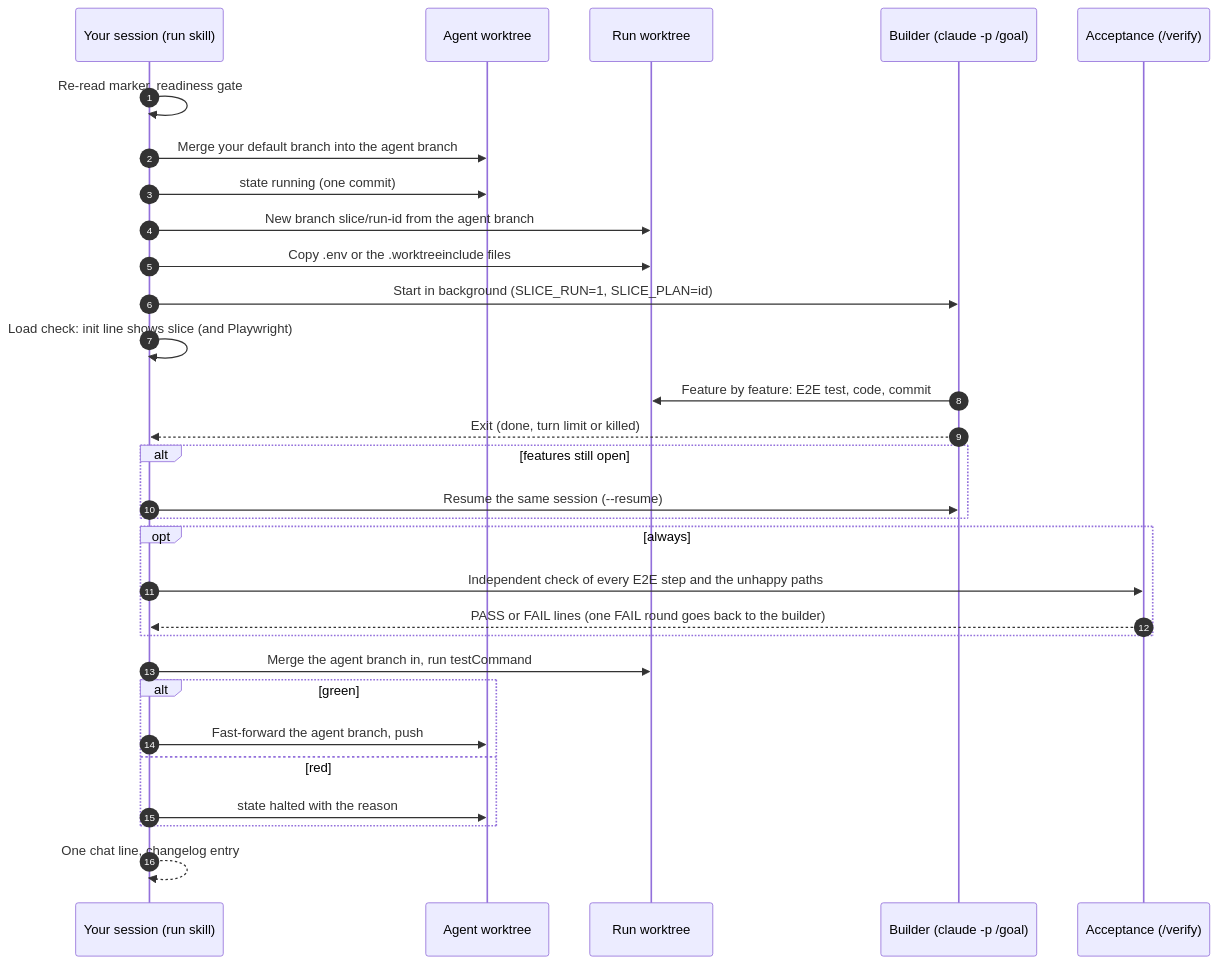
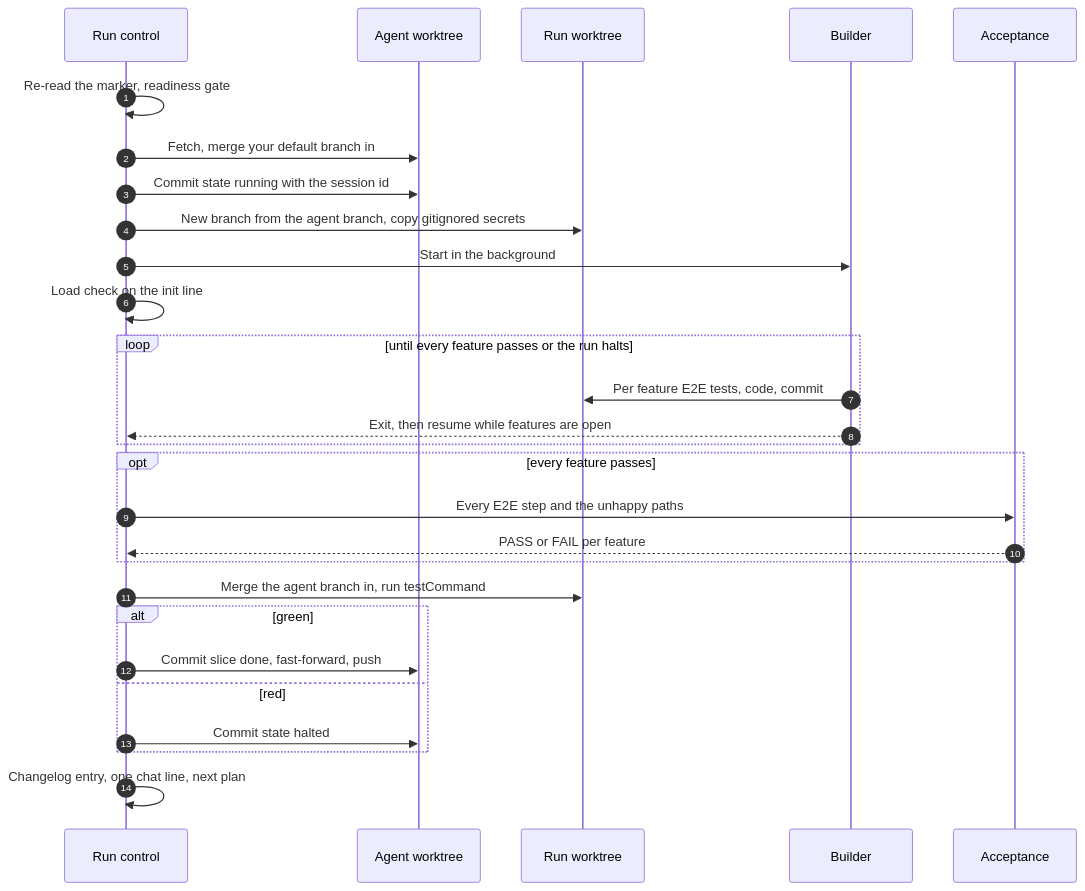
Before and after one commit to ahlerjam/cflow: the fifth of 7 diagrams in plugins/slice/README.md, drawn with Mermaid. The commit also changed other lines of this file and 3 other files, not shown here.

````diff
--- a/plugins/slice/README.md
+++ b/plugins/slice/README.md
@@ -171,32 +198,30 @@
 ```mermaid
 sequenceDiagram
     autonumber
-    participant S as Your session (run skill)
+    participant S as Run control
     participant A as Agent worktree
     participant R as Run worktree
-    participant B as Builder (claude -p /goal)
-    participant V as Acceptance (/verify)
-    S->>S: Re-read marker, readiness gate
-    S->>A: Merge your default branch into the agent branch
-    S->>A: state running (one commit)
-    S->>R: New branch slice/run-id from the agent branch
-    S->>R: Copy .env or the .worktreeinclude files
-    S->>B: Start in background (SLICE_RUN=1, SLICE_PLAN=id)
-    S->>S: Load check: init line shows slice (and Playwright)
-    B->>R: Feature by feature: E2E test, code, commit
-    B-->>S: Exit (done, turn limit or killed)
-    alt features still open
-        S->>B: Resume the same session (--resume)
+    participant B as Builder
+    participant V as Acceptance
+    S->>S: Re-read the marker, readiness gate
+    S->>A: Fetch, merge your default branch in
+    S->>A: Commit state running with the session id
+    S->>R: New branch from the agent branch, copy gitignored secrets
+    S->>B: Start in the background
+    S->>S: Load check on the init line
+    loop until every feature passes or the run halts
+        B->>R: Per feature E2E tests, code, commit
+        B-->>S: Exit, then resume while features are open
     end
-    opt always
-        S->>V: Independent check of every E2E step and the unhappy paths
-        V-->>S: PASS or FAIL lines (one FAIL round goes back to the builder)
+    opt every feature passes
+        S->>V: Every E2E step and the unhappy paths
+        V-->>S: PASS or FAIL per feature
     end
     S->>R: Merge the agent branch in, run testCommand
     alt green
-        S->>A: Fast-forward the agent branch, push
+        S->>A: Commit slice done, fast-forward, push
     else red
-        S->>A: state halted with the reason
+        S->>A: Commit state halted
     end
-    S-->>S: One chat line, changelog entry
+    S->>S: Changelog entry, one chat line, next plan
 ```
````
